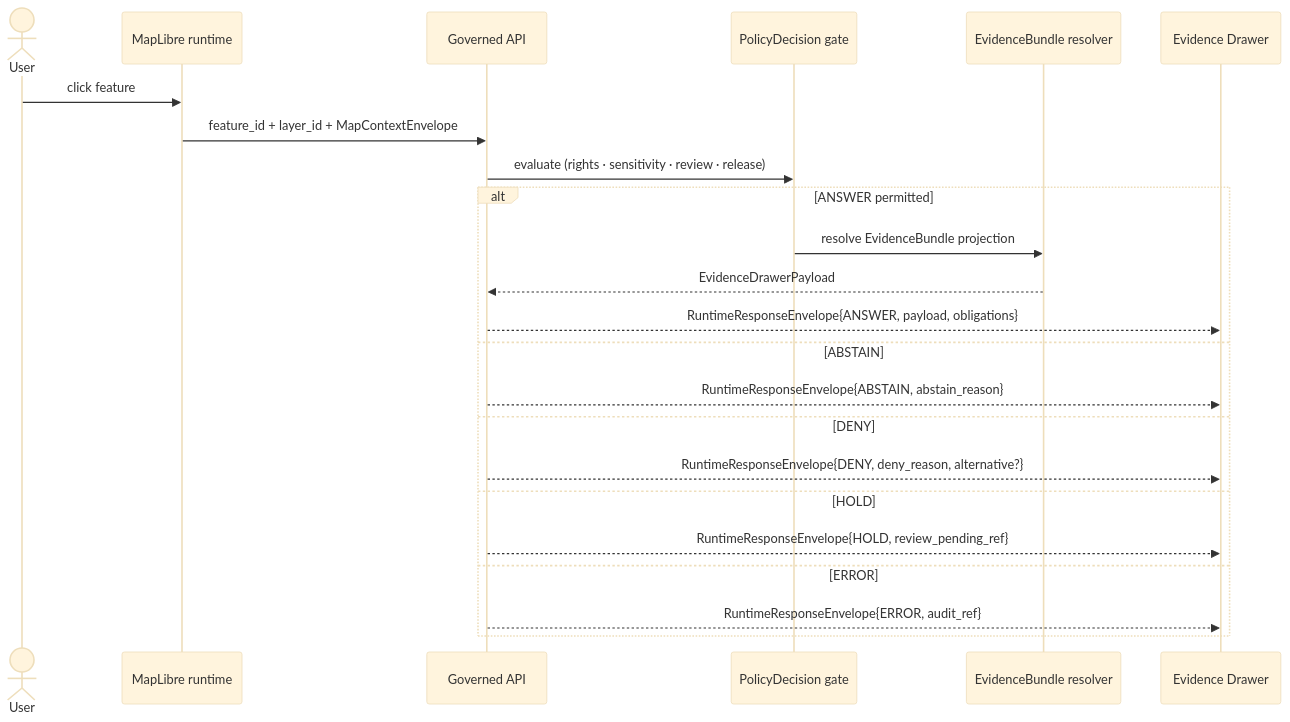
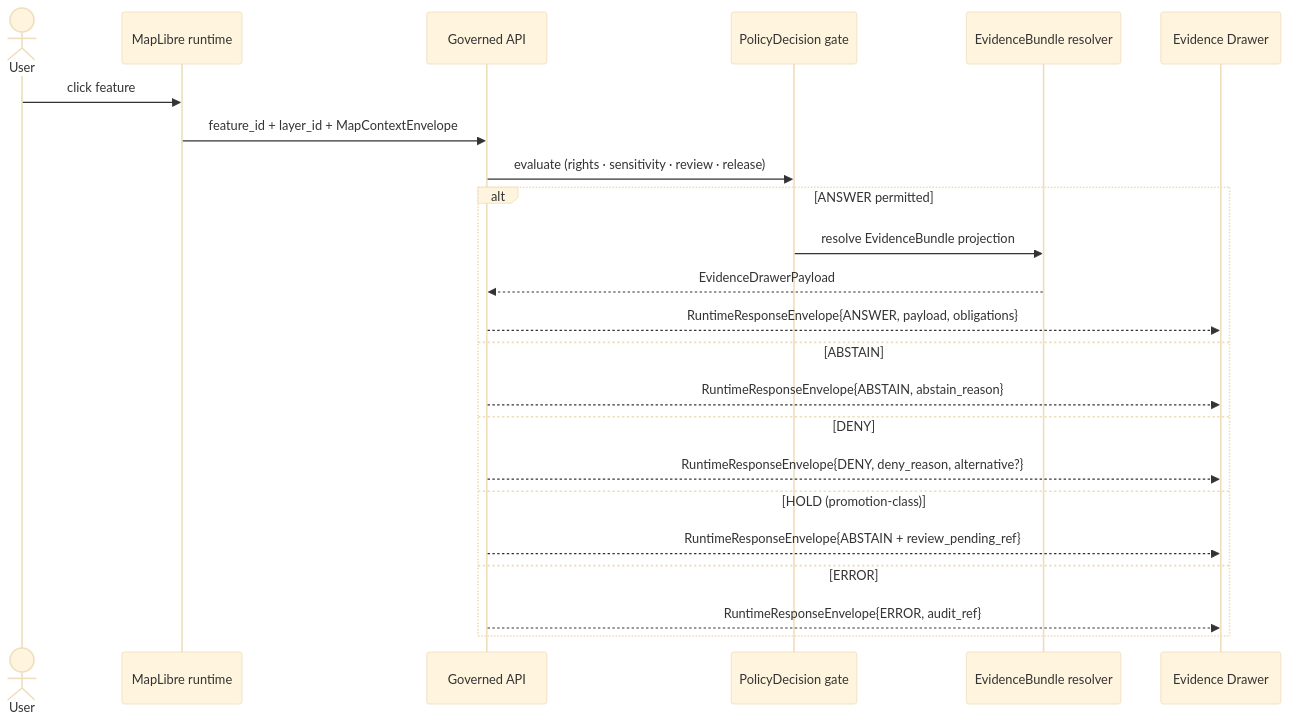
One commit to bartytime4life/Kansas-Frontier-Matrix changed the second of 2 diagrams in docs/domains/archaeology/MAP_UI_CONTRACTS.md. Above: the diagram before and after it, drawn with Mermaid (base theme). The commit also changed other lines of this file, not shown here.

````diff
--- a/docs/domains/archaeology/MAP_UI_CONTRACTS.md
+++ b/docs/domains/archaeology/MAP_UI_CONTRACTS.md
@@ -278,26 +281,26 @@
 ```mermaid
 sequenceDiagram
     actor User
     participant Map as MapLibre runtime
     participant API as Governed API
     participant Pol as PolicyDecision gate
     participant EV as EvidenceBundle resolver
     participant UI as Evidence Drawer
 
     User->>Map: click feature
     Map->>API: feature_id + layer_id + MapContextEnvelope
     API->>Pol: evaluate (rights · sensitivity · review · release)
     alt ANSWER permitted
         Pol->>EV: resolve EvidenceBundle projection
         EV-->>API: EvidenceDrawerPayload
         API-->>UI: RuntimeResponseEnvelope{ANSWER, payload, obligations}
     else ABSTAIN
         API-->>UI: RuntimeResponseEnvelope{ABSTAIN, abstain_reason}
     else DENY
         API-->>UI: RuntimeResponseEnvelope{DENY, deny_reason, alternative?}
-    else HOLD
-        API-->>UI: RuntimeResponseEnvelope{HOLD, review_pending_ref}
+    else HOLD (promotion-class)
+        API-->>UI: RuntimeResponseEnvelope{ABSTAIN + review_pending_ref}
     else ERROR
         API-->>UI: RuntimeResponseEnvelope{ERROR, audit_ref}
     end
 ```
````
